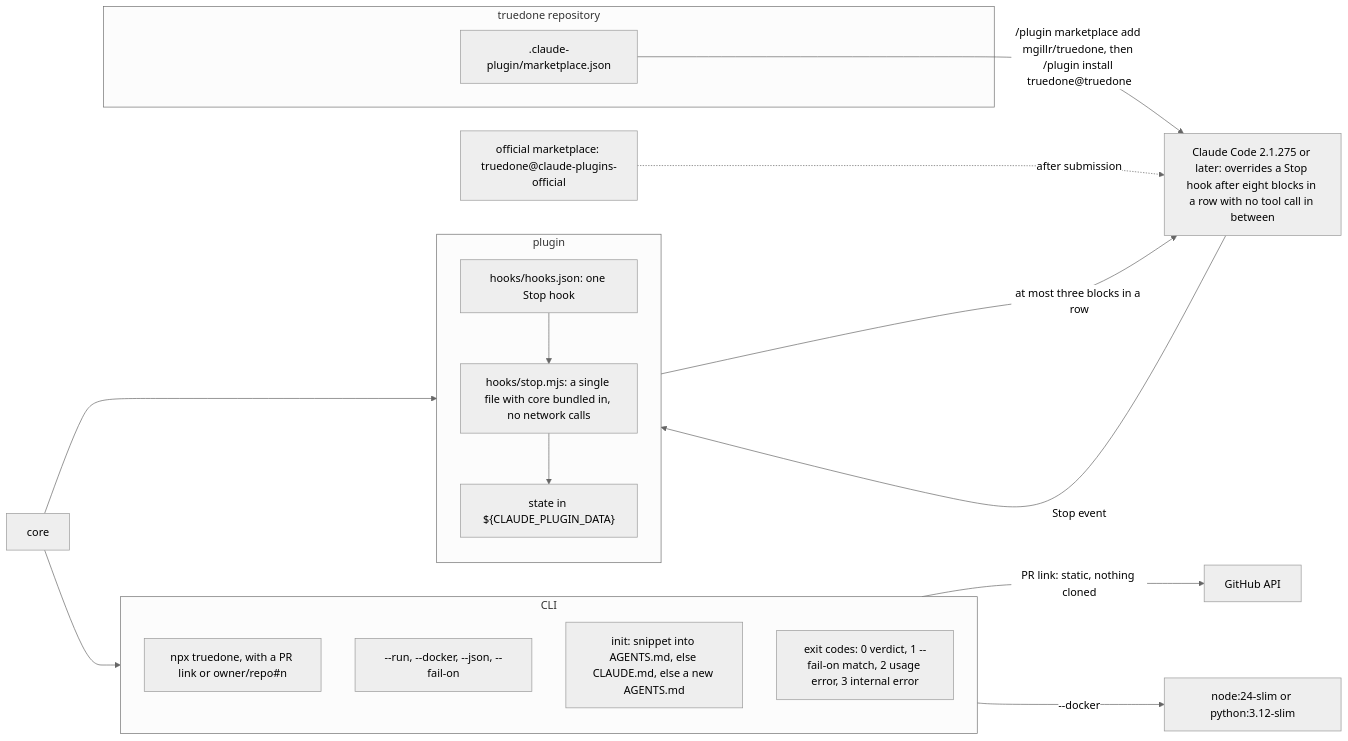
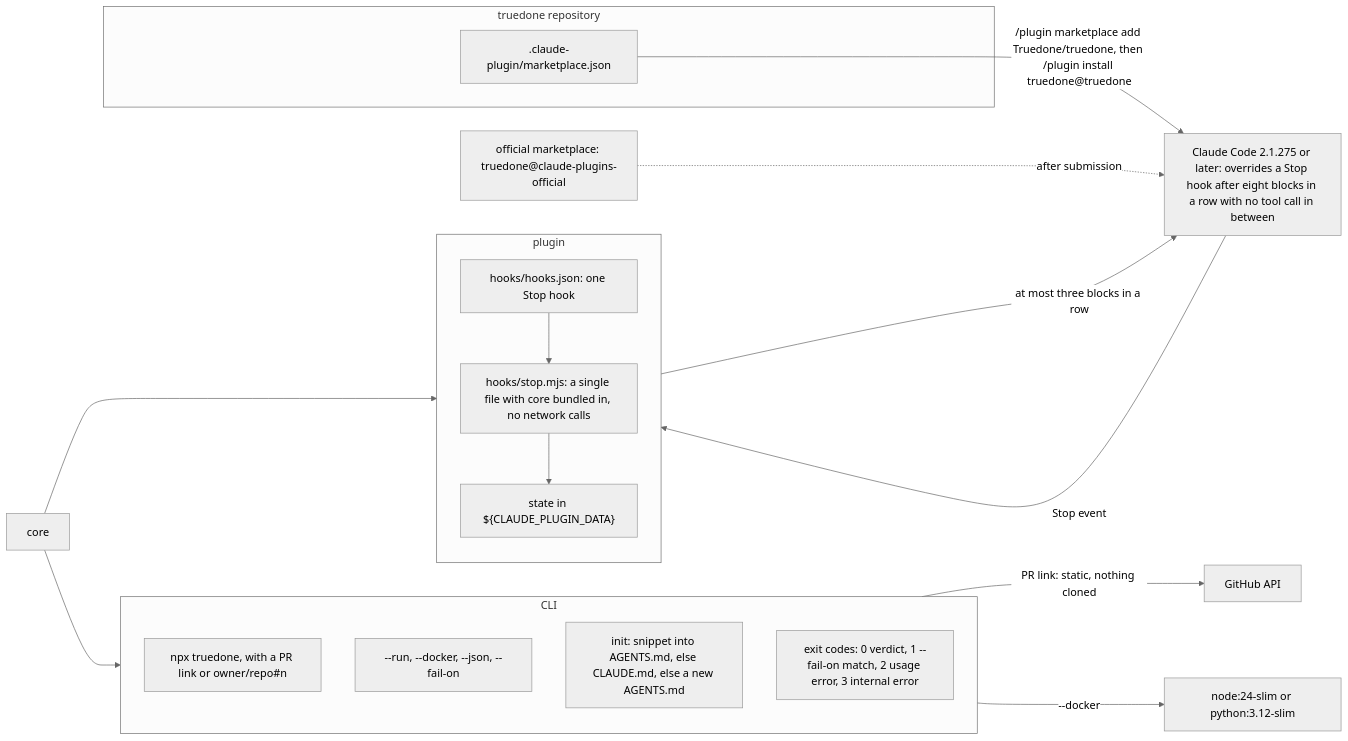
The second of 2 diagrams in docs/design/04-cli-and-plugin.md (Truedone/truedone), drawn with Mermaid (neutral theme) before and after one commit. The commit also changed other lines of this file and 6 other files, not shown here.

````diff
--- a/docs/design/04-cli-and-plugin.md
+++ b/docs/design/04-cli-and-plugin.md
@@ -55,34 +55,34 @@
 ```mermaid
 flowchart LR
   subgraph CLIP["CLI"]
     direction TB
     CMDS["npx truedone, with a PR link or owner/repo#n"]
     FLAGS["--run, --docker, --json, --fail-on"]
     INIT["init: snippet into AGENTS.md, else CLAUDE.md, else a new AGENTS.md"]
     EXIT["exit codes: 0 verdict, 1 --fail-on match, 2 usage error, 3 internal error"]
   end
   subgraph PLUG["plugin"]
     direction TB
     HJ["hooks/hooks.json: one Stop hook"]
     SM["hooks/stop.mjs: a single file with core bundled in, no network calls"]
     DATA["state in ${CLAUDE_PLUGIN_DATA}"]
     HJ --> SM
     SM --> DATA
   end
   subgraph REPO["truedone repository"]
     MK[".claude-plugin/marketplace.json"]
   end
   CORE["core"]
   CC["Claude Code 2.1.275 or later: overrides a Stop hook after eight blocks in a row with no tool call in between"]
   OFF["official marketplace: truedone@claude-plugins-official"]
   GH["GitHub API"]
   IMGS["node:24-slim or python:3.12-slim"]
   CORE --> CLIP
   CORE --> SM
-  MK -->|"/plugin marketplace add mgillr/truedone, then /plugin install truedone@truedone"| CC
+  MK -->|"/plugin marketplace add Truedone/truedone, then /plugin install truedone@truedone"| CC
   OFF -.->|after submission| CC
   CC -->|Stop event| HJ
   SM -->|at most three blocks in a row| CC
   CMDS -->|"PR link: static, nothing cloned"| GH
   FLAGS -->|"--docker"| IMGS
 ```
````
